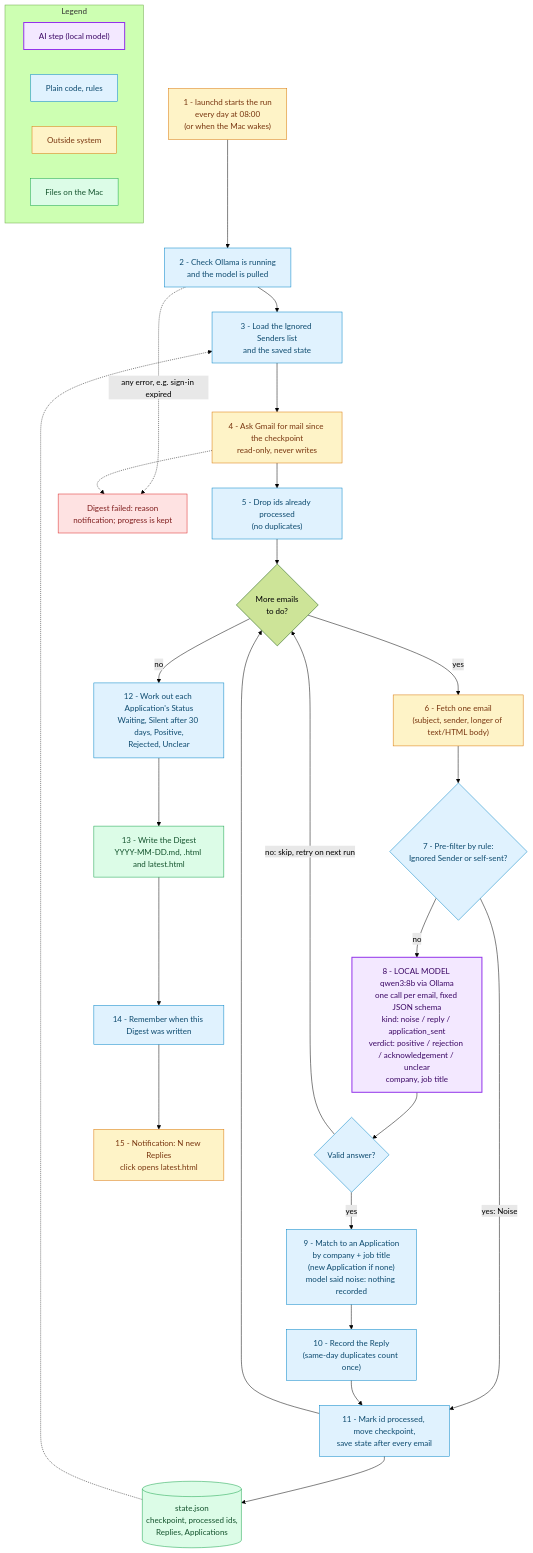
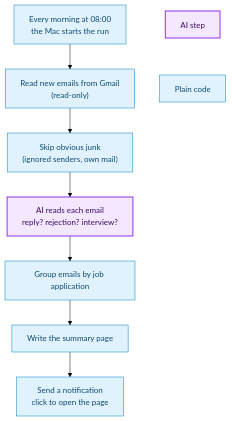
Before and after one commit to movchaneric/email-digest-scheduler: the diagram in README.md, drawn with Mermaid (forest theme). The commit also changed other lines of this file, not shown here.

Commit message:
Simplify the flowchart for newcomers

````diff
--- a/README.md
+++ b/README.md
@@ -14,46 +14,15 @@
 ```mermaid
 flowchart TD
     classDef ai fill:#f3e8ff,stroke:#9333ea,stroke-width:2px,color:#3b0764
     classDef code fill:#e0f2fe,stroke:#0284c7,color:#0c4a6e
-    classDef ext fill:#fef3c7,stroke:#d97706,color:#78350f
-    classDef store fill:#dcfce7,stroke:#16a34a,color:#14532d
-    classDef fail fill:#fee2e2,stroke:#dc2626,color:#7f1d1d
 
-    A["1 - launchd starts the run<br/>every day at 08:00<br/>(or when the Mac wakes)"]:::ext --> B
-    B["2 - Check Ollama is running<br/>and the model is pulled"]:::code --> C
-    C["3 - Load the Ignored Senders list<br/>and the saved state"]:::code --> D
-    S[("state.json<br/>checkpoint, processed ids,<br/>Replies, Applications")]:::store -.-> C
-    D["4 - Ask Gmail for mail since the checkpoint<br/>read-only, never writes"]:::ext --> E
-    E["5 - Drop ids already processed<br/>(no duplicates)"]:::code --> F{"More emails<br/>to do?"}
+    A["Every morning at 08:00<br/>the Mac starts the run"]:::code --> B
+    B["Read new emails from Gmail<br/>(read-only)"]:::code --> C
+    C["Skip obvious junk<br/>(ignored senders, own mail)"]:::code --> D
+    D["AI reads each email<br/>reply? rejection? interview?"]:::ai --> E
+    E["Group emails by job application"]:::code --> F
+    F["Write the summary page"]:::code --> G
+    G["Send a notification<br/>click to open the page"]:::code
 
-    F -- yes --> G["6 - Fetch one email<br/>(subject, sender, longer of text/HTML body)"]:::ext --> H
-    H{"7 - Pre-filter by rule:<br/>Ignored Sender or self-sent?"}:::code
-    H -- "yes: Noise" --> M
-    H -- no --> I
-
-    I["8 - LOCAL MODEL qwen3:8b via Ollama<br/>one call per email, fixed JSON schema<br/>kind: noise / reply / application_sent<br/>verdict: positive / rejection / acknowledgement / unclear<br/>company, job title"]:::ai --> J
-    J{"Valid answer?"}:::code
-    J -- "no: skip, retry on next run" --> F
-    J -- yes --> K
-
-    K["9 - Match to an Application<br/>by company + job title<br/>(new Application if none)<br/>model said noise: nothing recorded"]:::code --> L
-    L["10 - Record the Reply<br/>(same-day duplicates count once)"]:::code --> M
-    M["11 - Mark id processed, move checkpoint,<br/>save state after every email"]:::code --> S
-    M --> F
-
-    F -- no --> N["12 - Work out each Application's Status<br/>Waiting, Silent after 30 days, Positive,<br/>Rejected, Unclear"]:::code --> O
-    O["13 - Write the Digest<br/>YYYY-MM-DD.md, .html and latest.html"]:::store --> P
-    P["14 - Remember when this Digest was written"]:::code --> Q
-    Q["15 - Notification: N new Replies<br/>click opens latest.html"]:::ext
-
-    B -. "any error, e.g. sign-in expired" .-> X["Digest failed: reason<br/>notification; progress is kept"]:::fail
-    D -.-> X
-
-    subgraph Legend
-        direction LR
-        L1["AI step (local model)"]:::ai
-        L2["Plain code, rules"]:::code
-        L3["Outside system"]:::ext
-        L4["Files on the Mac"]:::store
-    end
+    L1["AI step"]:::ai ~~~ L2["Plain code"]:::code
 ```
````
